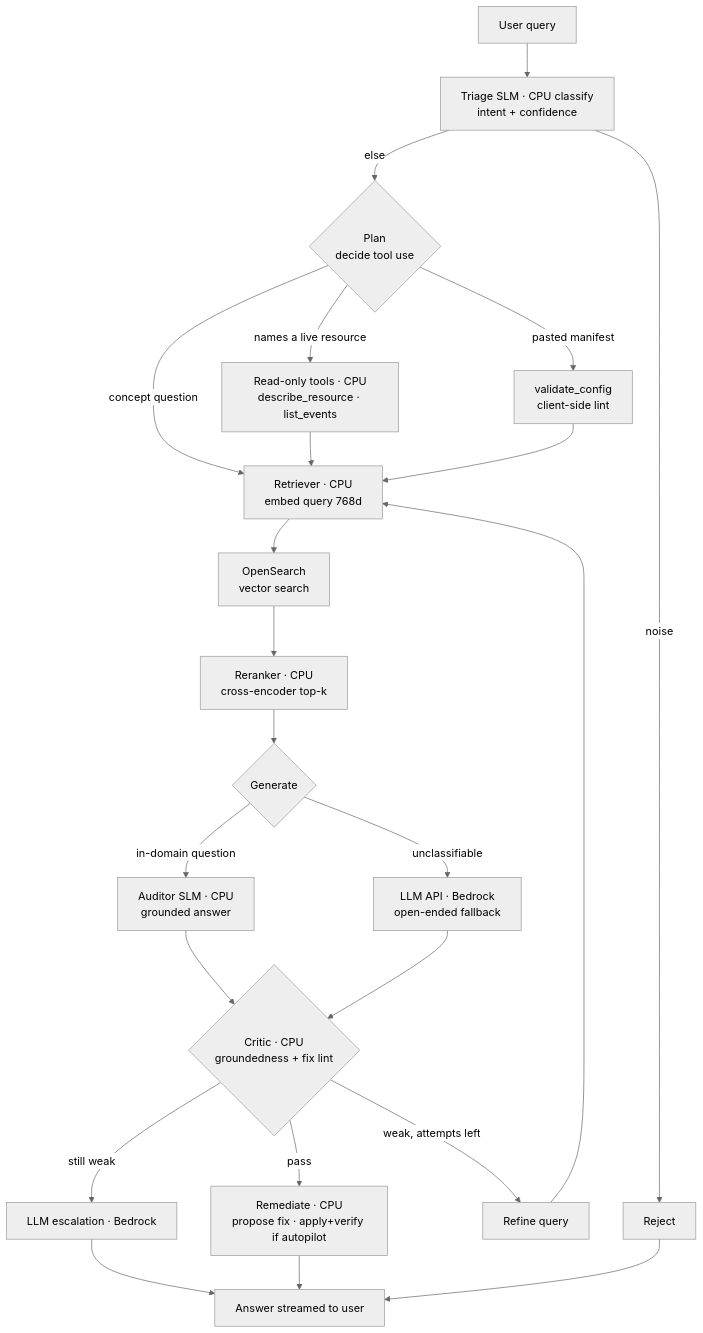
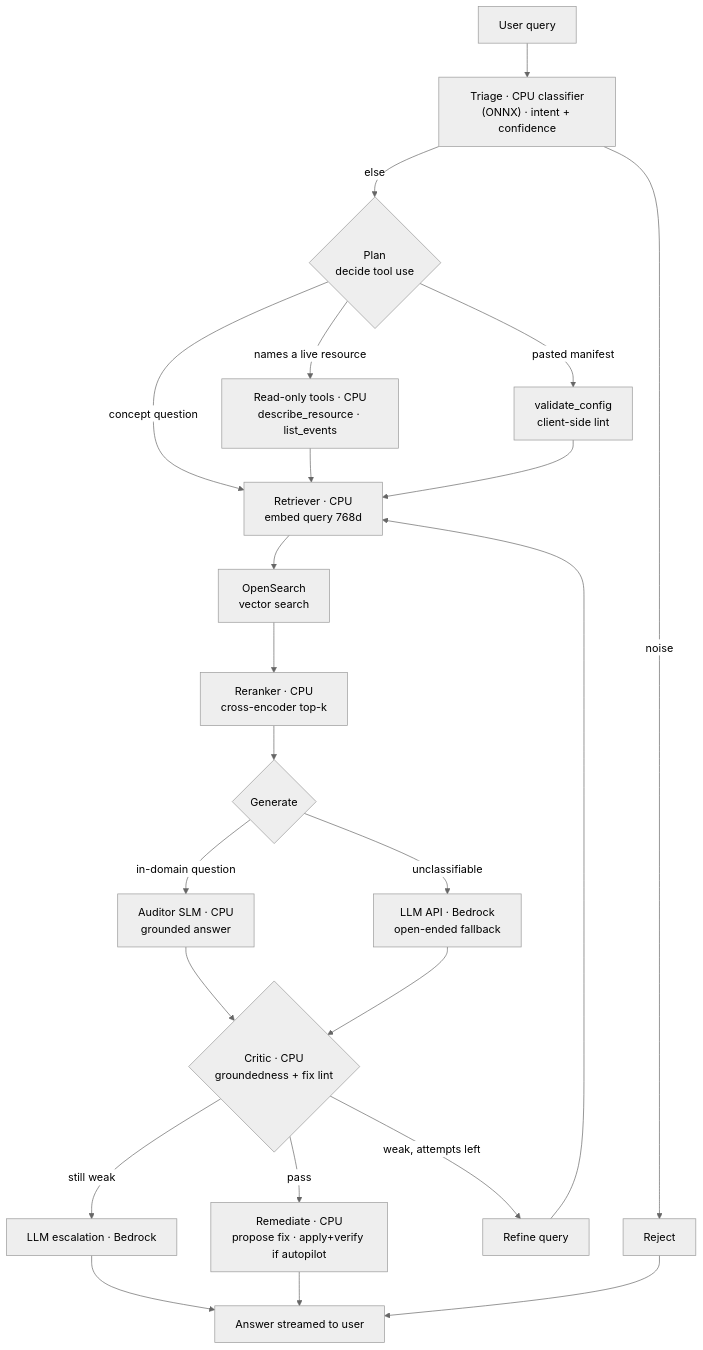
One commit to aws-samples/sample-slemify changed the first of 2 diagrams in examples/k8s-autoscaling/demo/README.md. Above: the diagram before and after it, drawn with Mermaid (neutral theme). The commit also changed other lines of this file, not shown here.

First line of the commit message:
docs(demo): Correct triage runtime and add a pod-topology diagram

````diff
--- a/examples/k8s-autoscaling/demo/README.md
+++ b/examples/k8s-autoscaling/demo/README.md
@@ -20,23 +20,23 @@
 ```mermaid
 flowchart TD
-    U[User query] --> T["Triage SLM · CPU classify<br/>intent + confidence"]
+    U[User query] --> T["Triage · CPU classifier<br/>(ONNX) · intent + confidence"]
     T -->|noise| RJ[Reject]
     T -->|else| P{"Plan<br/>decide tool use"}
     P -->|names a live resource| TL["Read-only tools · CPU<br/>describe_resource · list_events"]
     P -->|pasted manifest| VC["validate_config<br/>client-side lint"]
     P -->|concept question| EM
     TL --> EM
     VC --> EM
     EM["Retriever · CPU<br/>embed query 768d"] --> OS["OpenSearch<br/>vector search"]
     OS --> RR["Reranker · CPU<br/>cross-encoder top-k"]
     RR --> GEN{Generate}
     GEN -->|in-domain question| AUD["Auditor SLM · CPU<br/>grounded answer"]
     GEN -->|unclassifiable| LLM["LLM API · Bedrock<br/>open-ended fallback"]
     AUD --> CR{"Critic · CPU<br/>groundedness + fix lint"}
     LLM --> CR
     CR -->|pass| RM["Remediate · CPU<br/>propose fix · apply+verify if autopilot"]
     CR -->|weak, attempts left| RF["Refine query"] --> EM
     CR -->|still weak| ESC["LLM escalation · Bedrock"] --> OUT
     RM --> OUT[Answer streamed to user]
     RJ --> OUT
 ```
````
